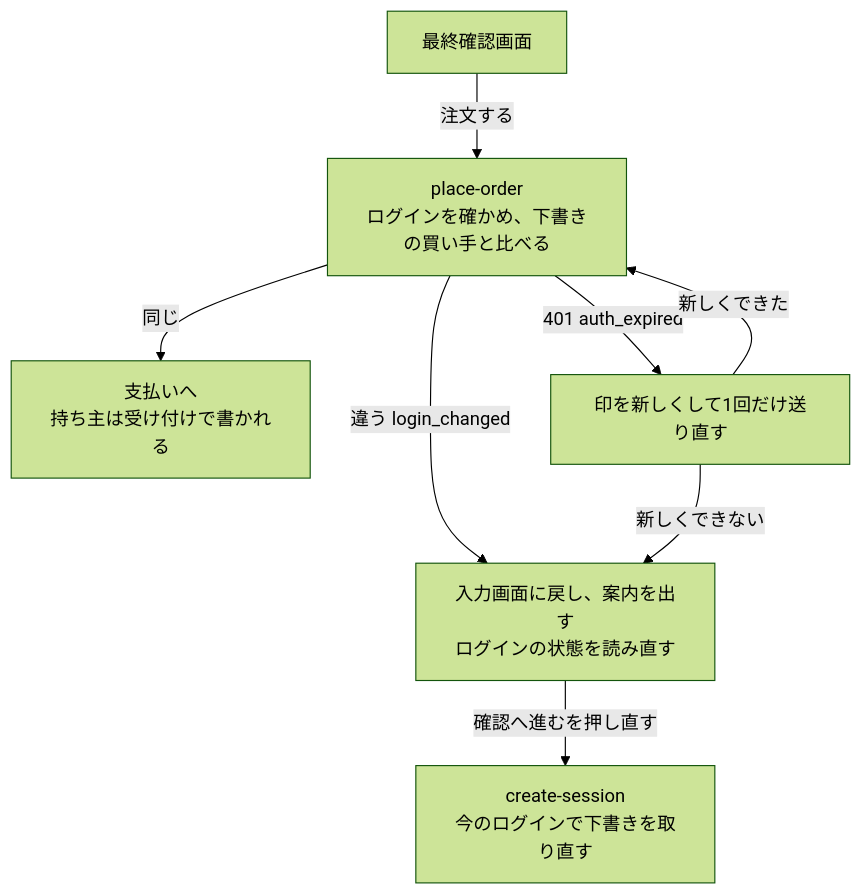
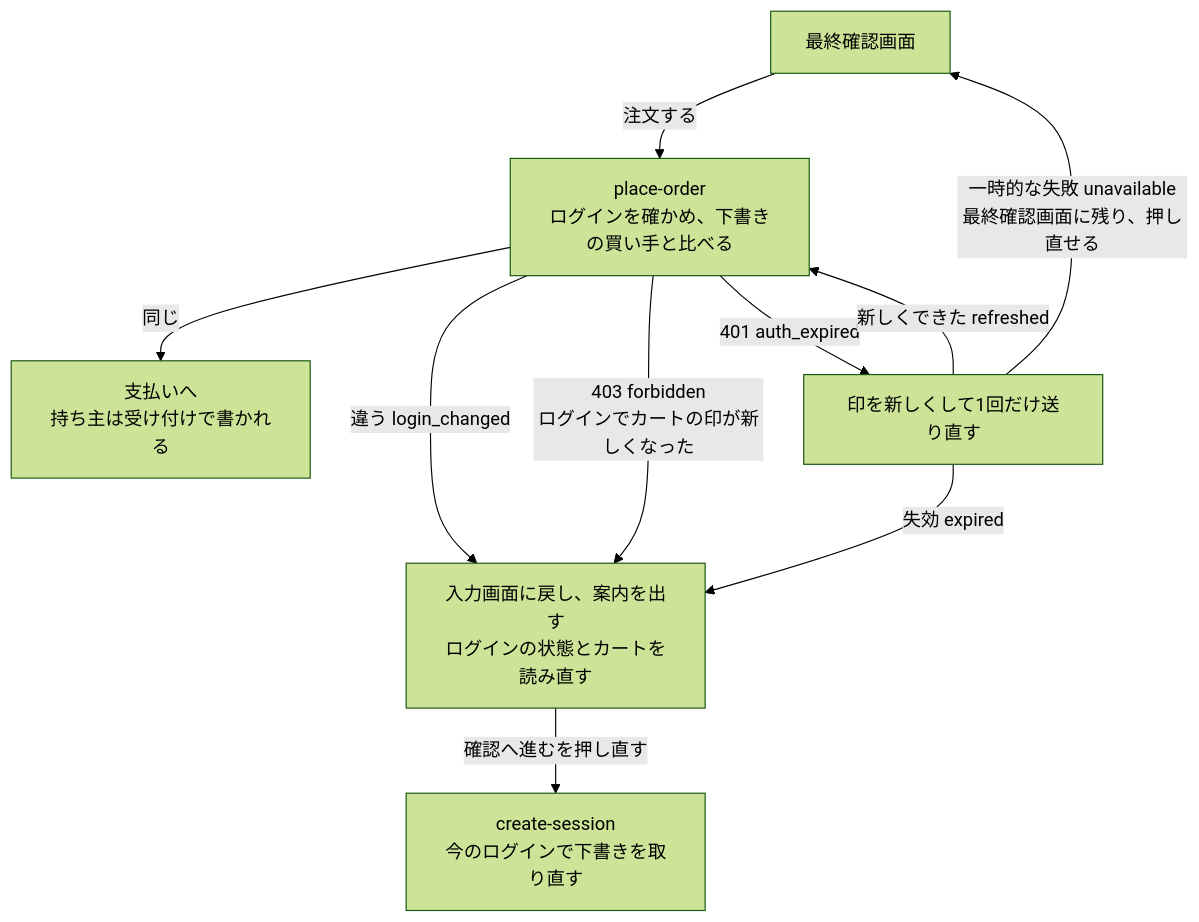
Before and after one commit to ChocoWork/o_official: the second of 5 diagrams in docs/04_DetailDesign/pages/13_checkout.md, drawn with Mermaid (forest theme). The commit also changed other lines of this file and 5 other files, not shown here.

````diff
--- a/docs/04_DetailDesign/pages/13_checkout.md
+++ b/docs/04_DetailDesign/pages/13_checkout.md
@@ -60,10 +60,12 @@
 ```mermaid
 flowchart TD
     Final["最終確認画面"] -->|注文する| Place["place-order<br/>ログインを確かめ、下書きの買い手と比べる"]
     Place -->|同じ| Pay["支払いへ<br/>持ち主は受け付けで書かれる"]
-    Place -->|違う login_changed| Input["入力画面に戻し、案内を出す<br/>ログインの状態を読み直す"]
+    Place -->|違う login_changed| Input["入力画面に戻し、案内を出す<br/>ログインの状態とカートを読み直す"]
+    Place -->|403 forbidden<br/>ログインでカートの印が新しくなった| Input
     Place -->|401 auth_expired| Refresh["印を新しくして1回だけ送り直す"]
-    Refresh -->|新しくできた| Place
-    Refresh -->|新しくできない| Input
+    Refresh -->|新しくできた refreshed| Place
+    Refresh -->|失効 expired| Input
+    Refresh -->|一時的な失敗 unavailable<br/>最終確認画面に残り、押し直せる| Final
     Input -->|確認へ進むを押し直す| Create["create-session<br/>今のログインで下書きを取り直す"]
 ```
````
